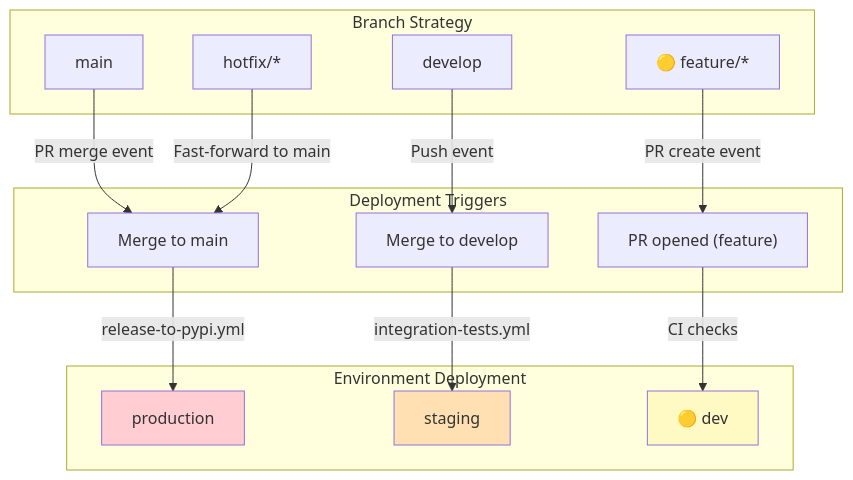
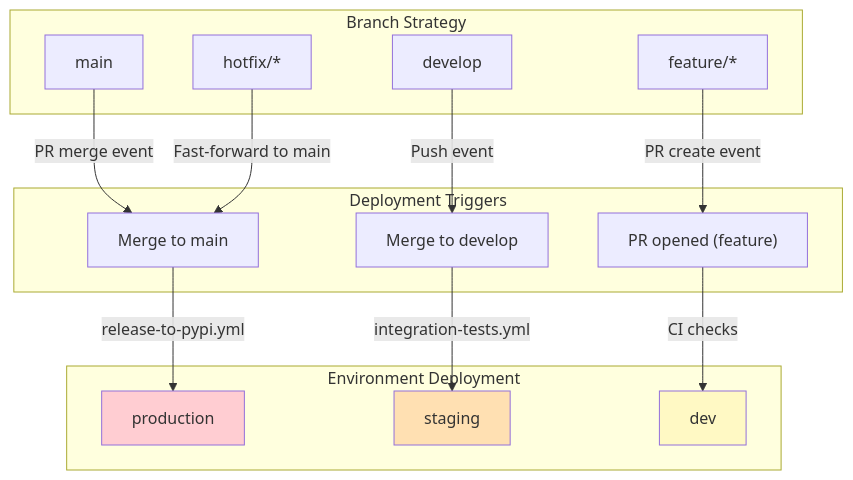
One commit to Aries-Serpent/_codex_ changed the second of 2 diagrams in docs/security/RBAC_AND_APPROVAL_CHAINS.md. Above: the diagram before and after it, drawn with Mermaid. The commit also changed other lines of this file and 1989 other files, not shown here.

````diff
--- a/docs/security/RBAC_AND_APPROVAL_CHAINS.md
+++ b/docs/security/RBAC_AND_APPROVAL_CHAINS.md
@@ -608,36 +608,36 @@
 ```mermaid
 graph TD
     subgraph "Branch Strategy"
         main[" main"]
         develop[" develop"]
-        feature["🟡 feature/*"]
+        feature[" feature/*"]
         hotfix[" hotfix/*"]
     end
     
     subgraph "Environment Deployment"
         prod[" production"]
         staging[" staging"]
-        dev["🟡 dev"]
+        dev[" dev"]
     end
     
     subgraph "Deployment Triggers"
         merge_main["Merge to main"]
         merge_dev["Merge to develop"]
         pr_open["PR opened (feature)"]
     end
     
     main -->|PR merge event| merge_main
     merge_main -->|release-to-pypi.yml| prod
     
     develop -->|Push event| merge_dev
     merge_dev -->|integration-tests.yml| staging
     
     feature -->|PR create event| pr_open
     pr_open -->|CI checks| dev
     
     hotfix -->|Fast-forward to main| merge_main
     
     style prod fill:#ffcdd2
     style staging fill:#ffe0b2
     style dev fill:#fff9c4
 ```
````
